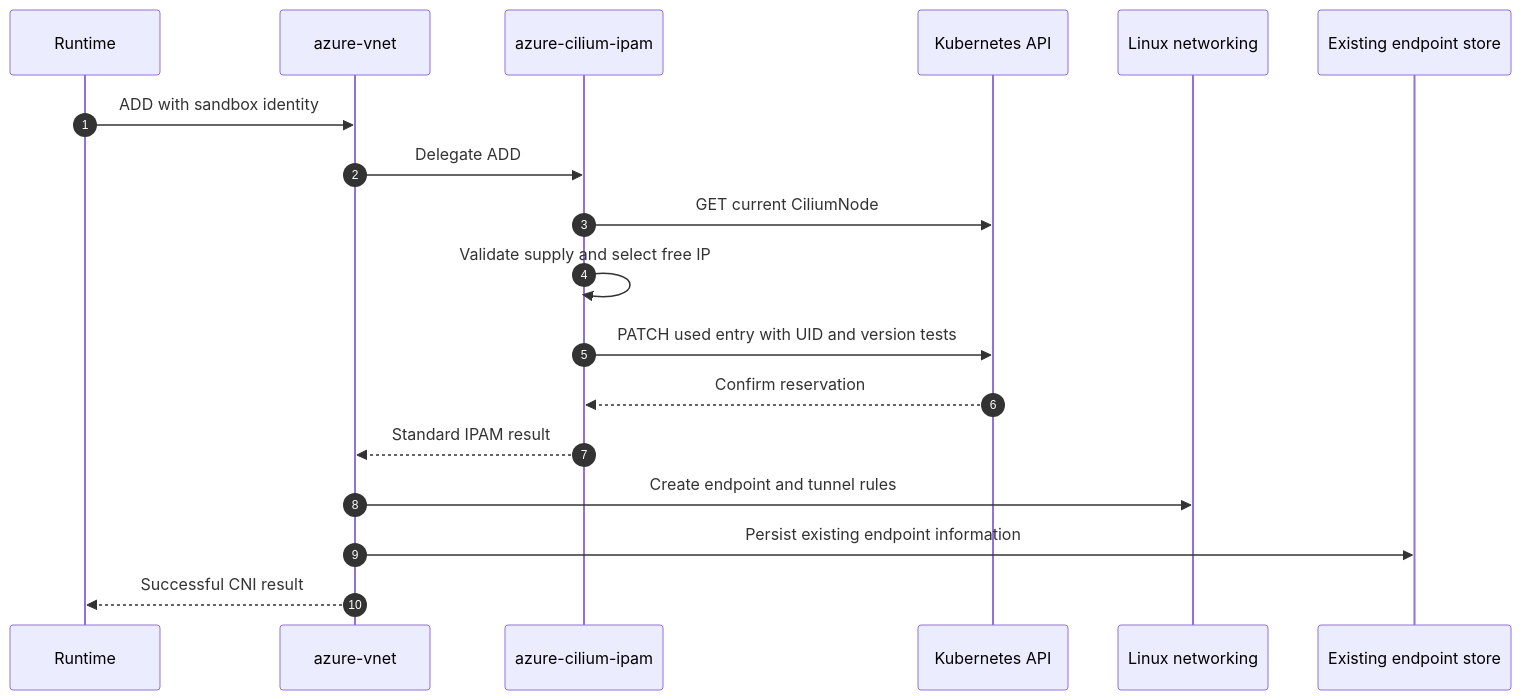
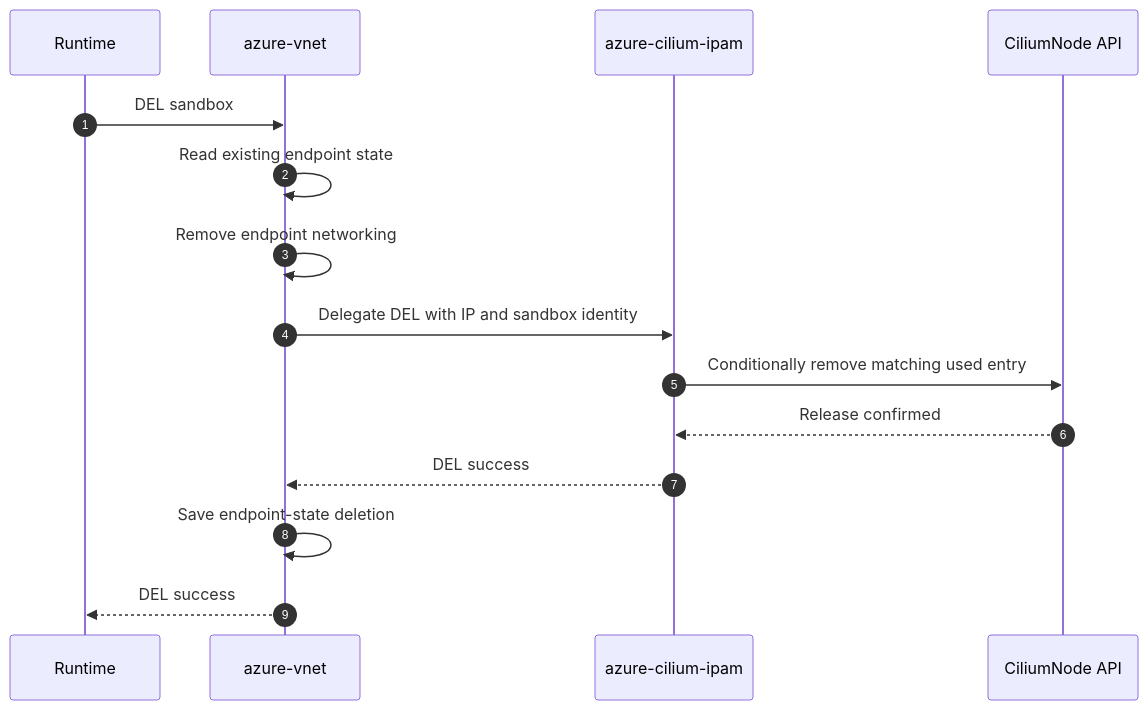
Before and after one commit to Azure/azure-container-networking: the third of 9 diagrams in docs/cilium-operator-ipam.md, drawn with Mermaid. The commit also changed other lines of this file, not shown here.

First line of the commit message:
Refocus the Cilium IPAM lifecycle proposal

````diff
--- a/docs/cilium-operator-ipam.md
+++ b/docs/cilium-operator-ipam.md
@@ -599,20 +63,17 @@
 ```mermaid
 sequenceDiagram
     autonumber
     participant R as Runtime
     participant C as azure-vnet
     participant I as azure-cilium-ipam
-    participant K as Kubernetes API
-    participant L as Linux networking
-    participant S as Existing endpoint store
-    R->>C: ADD with sandbox identity
-    C->>I: Delegate ADD
-    I->>K: GET current CiliumNode
-    I->>I: Validate supply and select free IP
-    I->>K: PATCH used entry with UID and version tests
-    K-->>I: Confirm reservation
-    I-->>C: Standard IPAM result
-    C->>L: Create endpoint and tunnel rules
-    C->>S: Persist existing endpoint information
-    C-->>R: Successful CNI result
+    participant K as CiliumNode API
+    R->>C: DEL sandbox
+    C->>C: Read existing endpoint state
+    C->>C: Remove endpoint networking
+    C->>I: Delegate DEL with IP and sandbox identity
+    I->>K: Conditionally remove matching used entry
+    K-->>I: Release confirmed
+    I-->>C: DEL success
+    C->>C: Save endpoint-state deletion
+    C-->>R: DEL success
 ```
````
